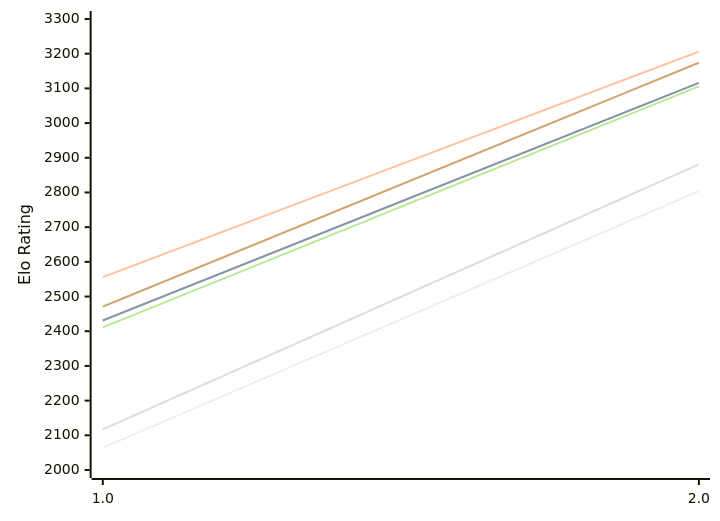
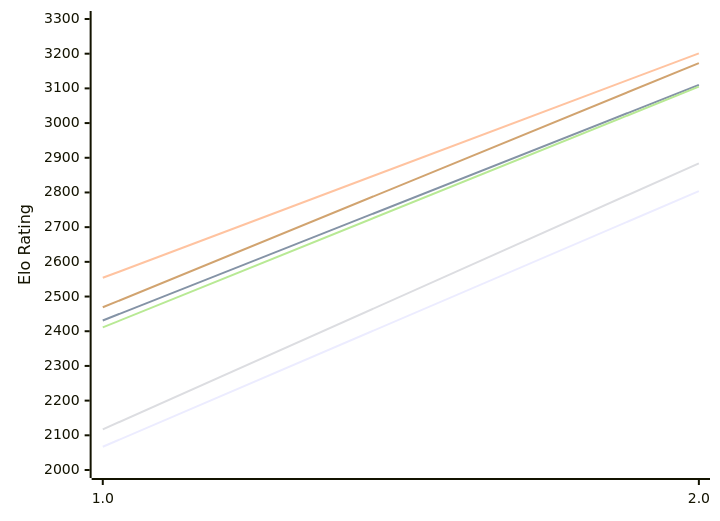
Before and after one commit to computer-chess-index/cci: the diagram in engines/Scarlet.md, drawn with Mermaid. The commit also changed other lines of this file, not shown here.

Commit message:
Update CCI Ratings (ELO VLTC) - 2026-11-26

````diff
--- a/engines/Scarlet.md
+++ b/engines/Scarlet.md
@@ -49,12 +49,12 @@
 ```mermaid
 %%{init: {"theme":"base","themeVariables":{"seriesColors:['#a3a3a3','#222221','#faa371']}}}%%
 xychart-beta
   x-axis ["1.0", "2.0"]
   y-axis "Elo Rating" 2000 --> 3300
-  line "E1: STC (8.0+0.08s)" [2064, 2804]
-  line "E1: LTC (60.0+0.60s)" [2431, 3116]
-  line "E1: VLTC (2m24s+1.12s)" [2556, 3206]
-  line "P1: STC (8.0+0.08s)" [2117, 2881]
-  line "P1: LTC (60.0+0.60s)" [2411, 3106]
-  line "P1: VLTC (2m24s+1.12s)" [2471, 3174]
+  line "E1: STC (8.0+0.08s)" [2067, 2804]
+  line "E1: LTC (60.0+0.60s)" [2431, 3110]
+  line "E1: VLTC (2m24s+1.12s)" [2554, 3201]
+  line "P1: STC (8.0+0.08s)" [2117, 2884]
+  line "P1: LTC (60.0+0.60s)" [2411, 3105]
+  line "P1: VLTC (2m24s+1.12s)" [2469, 3173]
 ```
````
